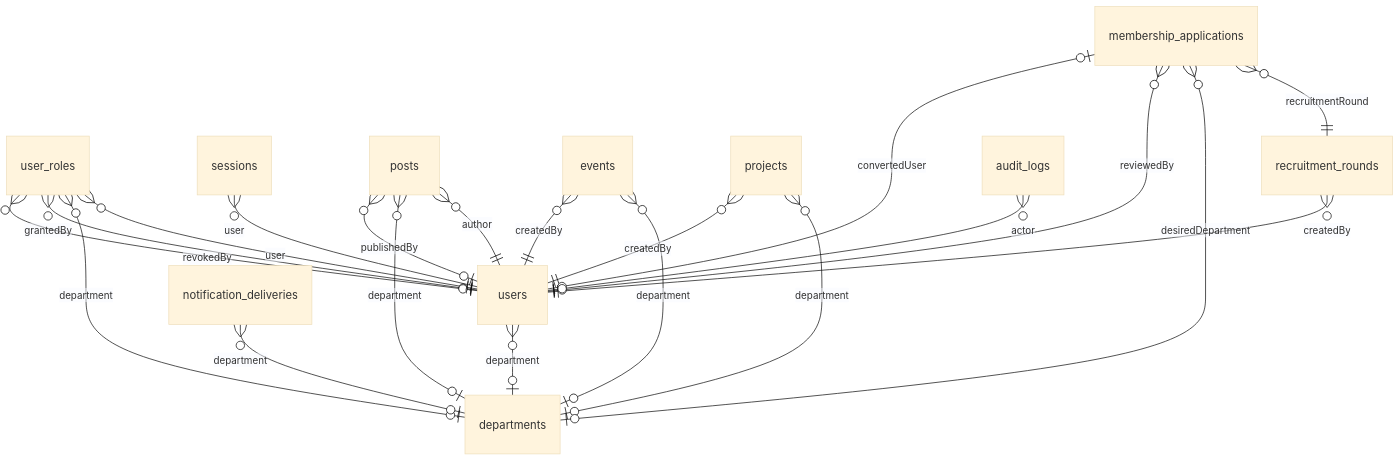
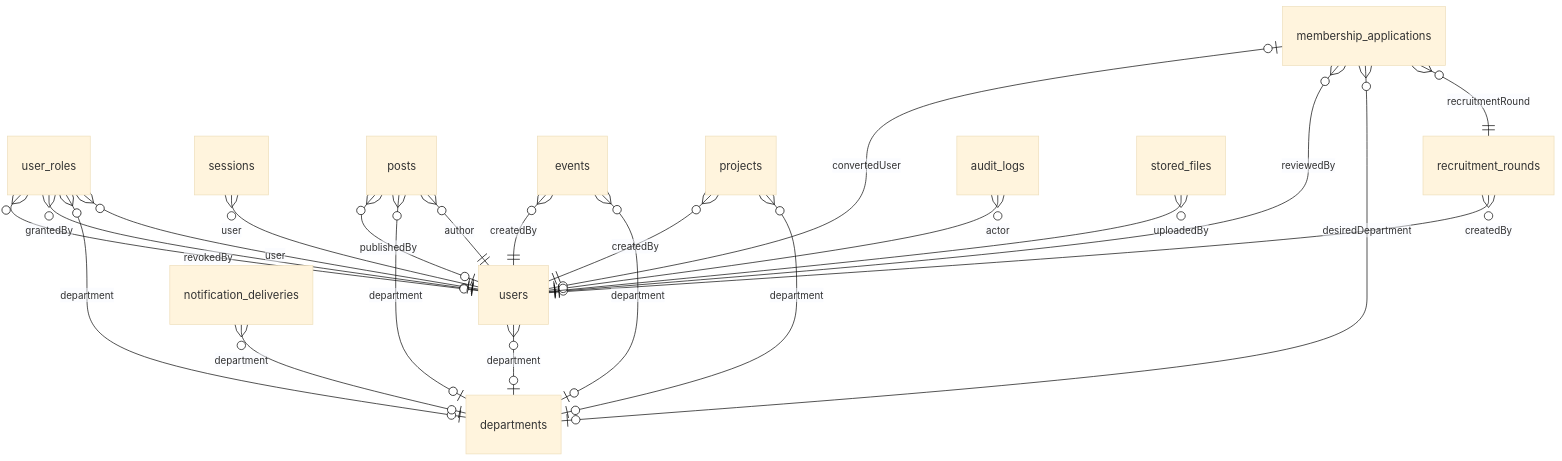
Before and after one commit to GrootTheDeveloper/apc-portal: the first of 2 diagrams in apps/api/docs/erd-core-schema.md, drawn with Mermaid (base theme). The commit also changed other lines of this file and 1 other file, not shown here.

Commit message:
docs: d2 - document ClamAV setup and add StoredFile to ERD

````diff
--- a/apps/api/docs/erd-core-schema.md
+++ b/apps/api/docs/erd-core-schema.md
@@ -11,23 +11,24 @@
 ```mermaid
 erDiagram
   users }o--|o departments : "department"
   user_roles }o--|| users : "user"
   user_roles }o--|o departments : "department"
   user_roles }o--|o users : "grantedBy"
   user_roles }o--|o users : "revokedBy"
   sessions }o--|| users : "user"
   posts }o--|| users : "author"
   posts }o--|o departments : "department"
   posts }o--|o users : "publishedBy"
   events }o--|o departments : "department"
   events }o--|| users : "createdBy"
   projects }o--|o departments : "department"
   projects }o--|| users : "createdBy"
   recruitment_rounds }o--|| users : "createdBy"
   membership_applications }o--|| recruitment_rounds : "recruitmentRound"
   membership_applications }o--|o departments : "desiredDepartment"
   membership_applications }o--|o users : "reviewedBy"
   membership_applications |o--|o users : "convertedUser"
   notification_deliveries }o--|o departments : "department"
   audit_logs }o--|o users : "actor"
+  stored_files }o--|| users : "uploadedBy"
 ```
````
